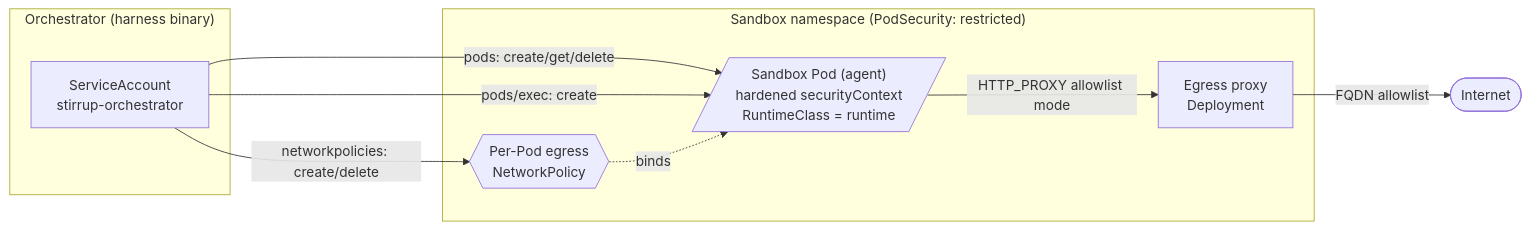
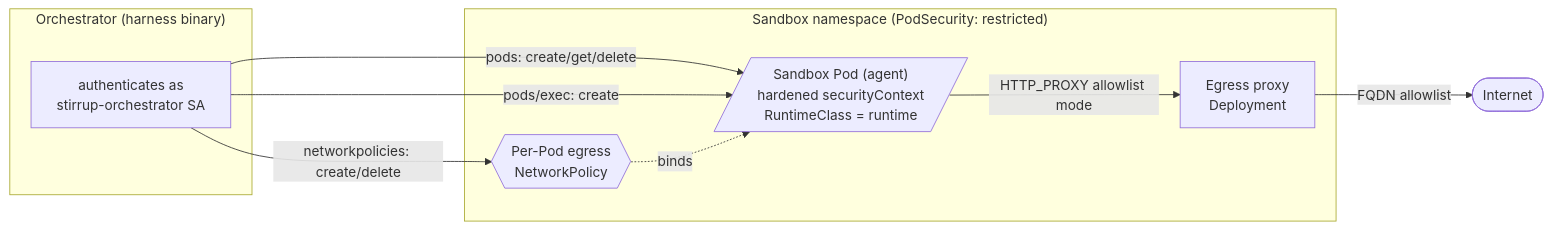
One commit to rxbynerd/stirrup changed the diagram in docs/executors/k8s.md. Above: the diagram before and after it, drawn with Mermaid. The commit also changed other lines of this file, not shown here.

````diff
--- a/docs/executors/k8s.md
+++ b/docs/executors/k8s.md
@@ -49,17 +49,17 @@
 ```mermaid
 flowchart LR
   subgraph Orchestrator["Orchestrator (harness binary)"]
-    SA[ServiceAccount<br/>stirrup-orchestrator]
+    SA[authenticates as<br/>stirrup-orchestrator SA]
   end
   subgraph NS["Sandbox namespace (PodSecurity: restricted)"]
     NP{{Per-Pod egress<br/>NetworkPolicy}}
     Pod[/"Sandbox Pod (agent)<br/>hardened securityContext<br/>RuntimeClass = runtime"/]
     Proxy[Egress proxy<br/>Deployment]
   end
   SA -->|pods: create/get/delete| Pod
   SA -->|pods/exec: create| Pod
   SA -->|networkpolicies: create/delete| NP
   NP -.->|binds| Pod
   Pod -->|HTTP_PROXY allowlist mode| Proxy
   Proxy -->|FQDN allowlist| Net([Internet])
 ```
````
